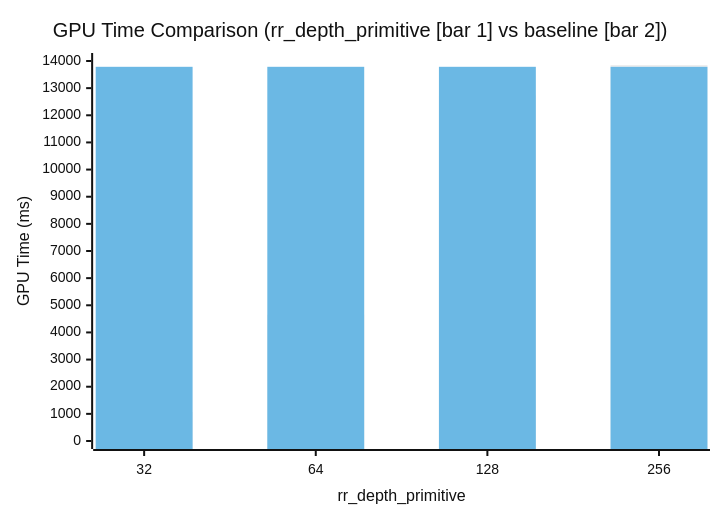
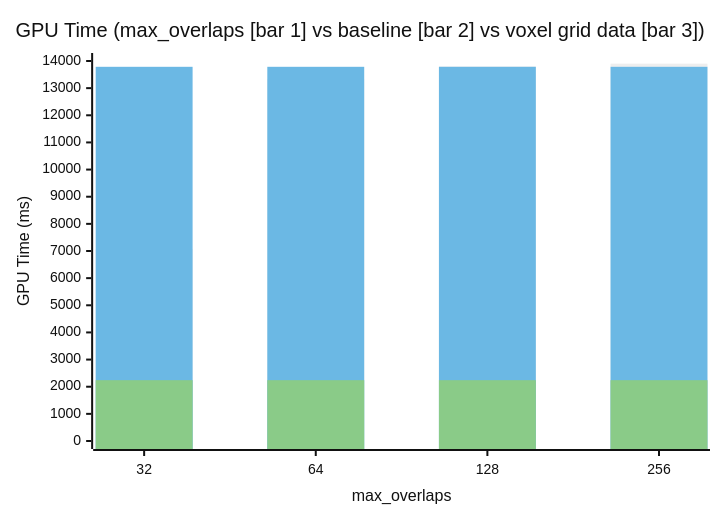
One commit to VENUSXK/pages changed the eighth of 12 diagrams in content/docs/GaborRT/exp-20261023.mdx. Above: the diagram before and after it, drawn with Mermaid (neutral theme). The commit also changed other lines of this file and 3 other files, not shown here.

````diff
--- a/content/docs/GaborRT/exp-20261023.mdx
+++ b/content/docs/GaborRT/exp-20261023.mdx
@@ -752,8 +880,9 @@
 ```mermaid
 xychart-beta
-    title "GPU Time Comparison (rr_depth_primitive [bar 1] vs baseline [bar 2])"
-    x-axis "rr_depth_primitive" [32, 64, 128, 256]
+    title "GPU Time (max_overlaps [bar 1] vs baseline [bar 2] vs voxel grid data [bar 3])"
+    x-axis "max_overlaps" [32, 64, 128, 256]
     y-axis "GPU Time (ms)" 0 --> 14000
-    bar [1064.88, 4652.54, 12732.98, 13853.25]
+    bar [7069.65, 13330.24, 13800.06, 13902.29]
     bar [13786.08, 13786.08, 13786.08, 13786.08]
+    bar [2240.92, 2240.92, 2240.92, 2240.92]
 ```
````
